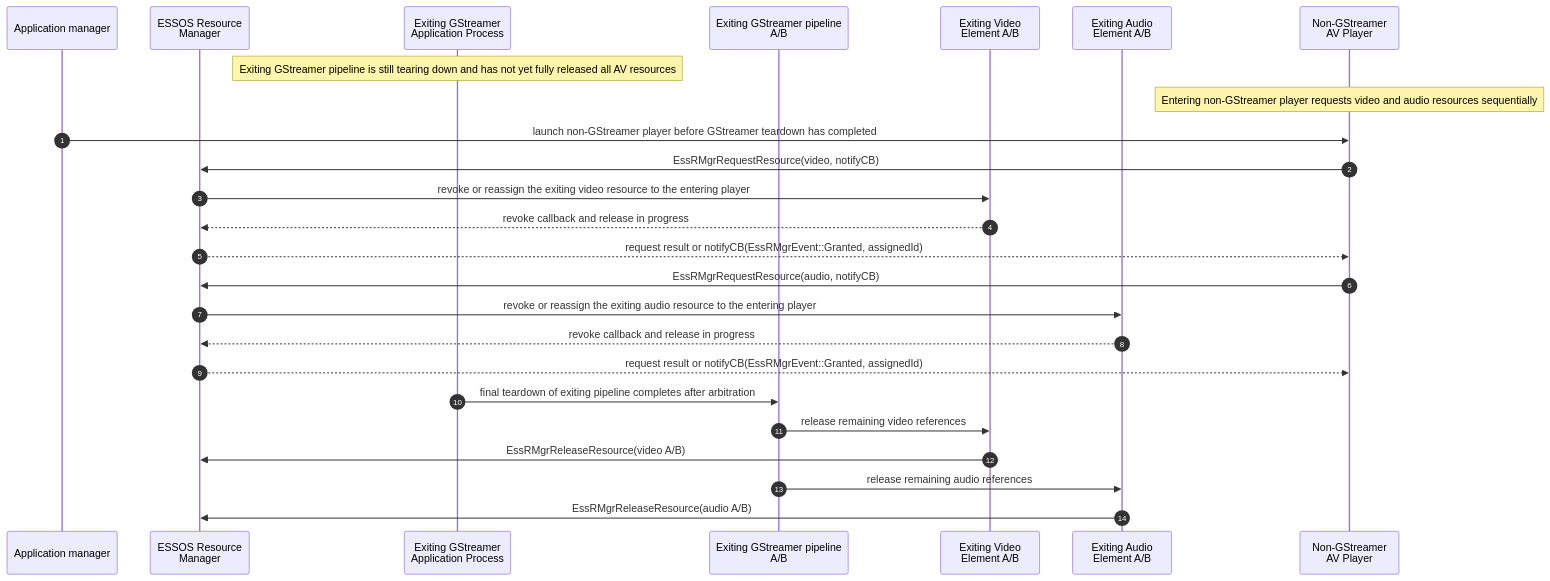
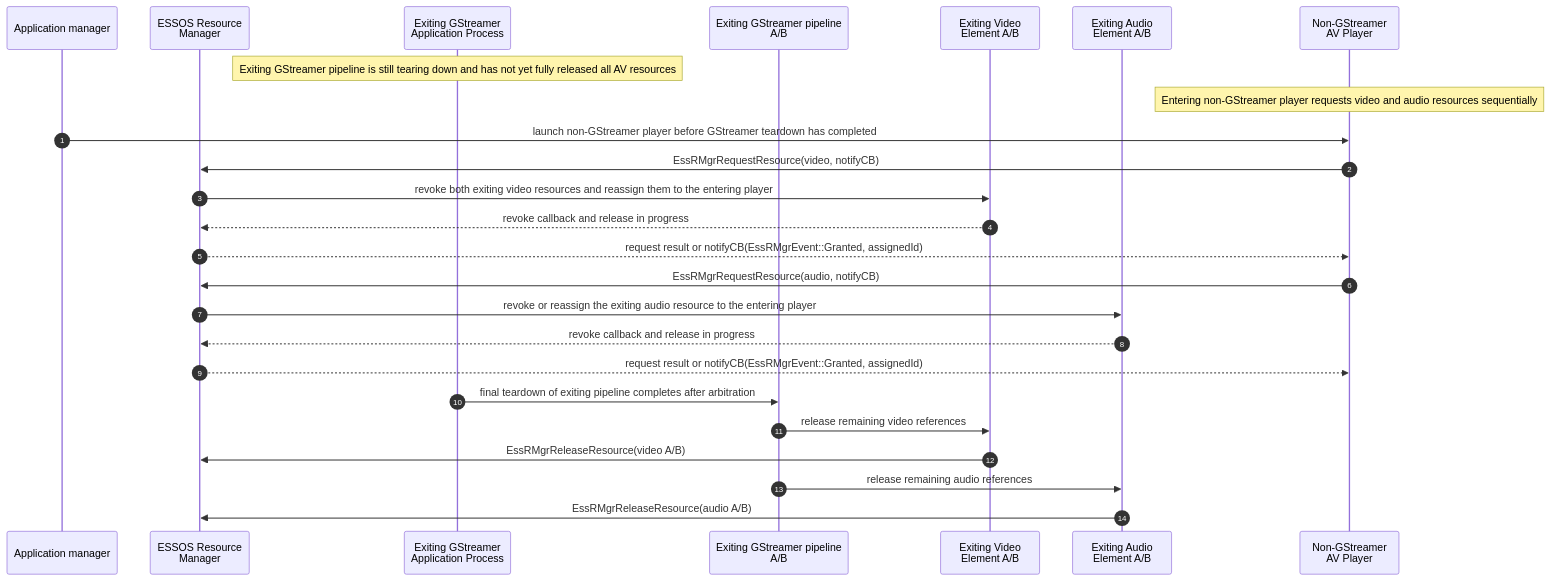
Before and after one commit to rdkcentral/rdk-hpk-documentation: the fourth of 6 diagrams in doc/SPECIFICATION-dual-decode-legacy-av-hal-extension.md, drawn with Mermaid. The commit also changed other lines of this file, not shown here.

````diff
--- a/doc/SPECIFICATION-dual-decode-legacy-av-hal-extension.md
+++ b/doc/SPECIFICATION-dual-decode-legacy-av-hal-extension.md
@@ -590,31 +592,31 @@
 ```mermaid
 sequenceDiagram
     autonumber
     participant AM as Application manager
     participant RM as ESSOS Resource<br/>Manager
     participant APP_GST_EXIT as Exiting GStreamer<br/>Application Process
     participant G_GST_EXIT as Exiting GStreamer pipeline<br/>A/B
     participant V_GST_EXIT as Exiting Video<br/>Element A/B
     participant A_GST_EXIT as Exiting Audio<br/>Element A/B
     participant APP_NG as Non-GStreamer<br/>AV Player
 
     Note over APP_GST_EXIT: Exiting GStreamer pipeline is still tearing down and has not yet fully released all AV resources
     Note over APP_NG: Entering non-GStreamer player requests video and audio resources sequentially
 
     AM->>APP_NG: launch non-GStreamer player before GStreamer teardown has completed
     APP_NG->>RM: EssRMgrRequestResource(video, notifyCB)
-    RM->>V_GST_EXIT: revoke or reassign the exiting video resource to the entering player
+    RM->>V_GST_EXIT: revoke both exiting video resources and reassign them to the entering player
     V_GST_EXIT-->>RM: revoke callback and release in progress
     RM-->>APP_NG: request result or notifyCB(EssRMgrEvent::Granted, assignedId)
 
     APP_NG->>RM: EssRMgrRequestResource(audio, notifyCB)
     RM->>A_GST_EXIT: revoke or reassign the exiting audio resource to the entering player
     A_GST_EXIT-->>RM: revoke callback and release in progress
     RM-->>APP_NG: request result or notifyCB(EssRMgrEvent::Granted, assignedId)
 
     APP_GST_EXIT->>G_GST_EXIT: final teardown of exiting pipeline completes after arbitration
     G_GST_EXIT->>V_GST_EXIT: release remaining video references
     V_GST_EXIT->>RM: EssRMgrReleaseResource(video A/B)
     G_GST_EXIT->>A_GST_EXIT: release remaining audio references
     A_GST_EXIT->>RM: EssRMgrReleaseResource(audio A/B)
 ```
````
